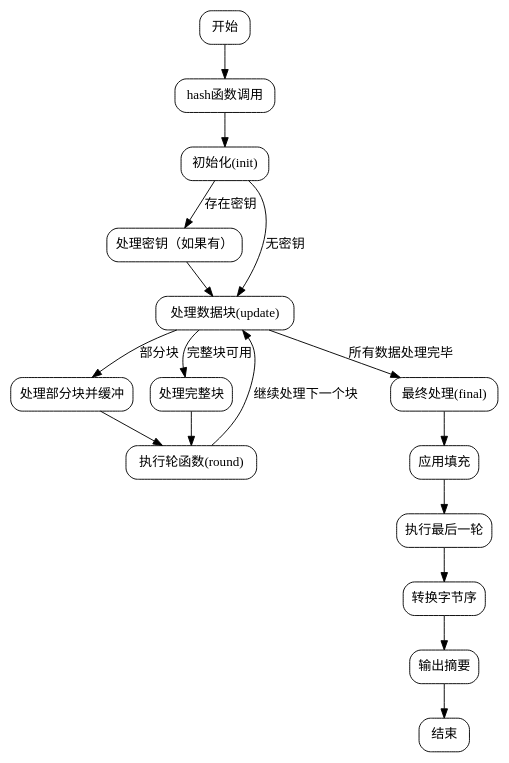
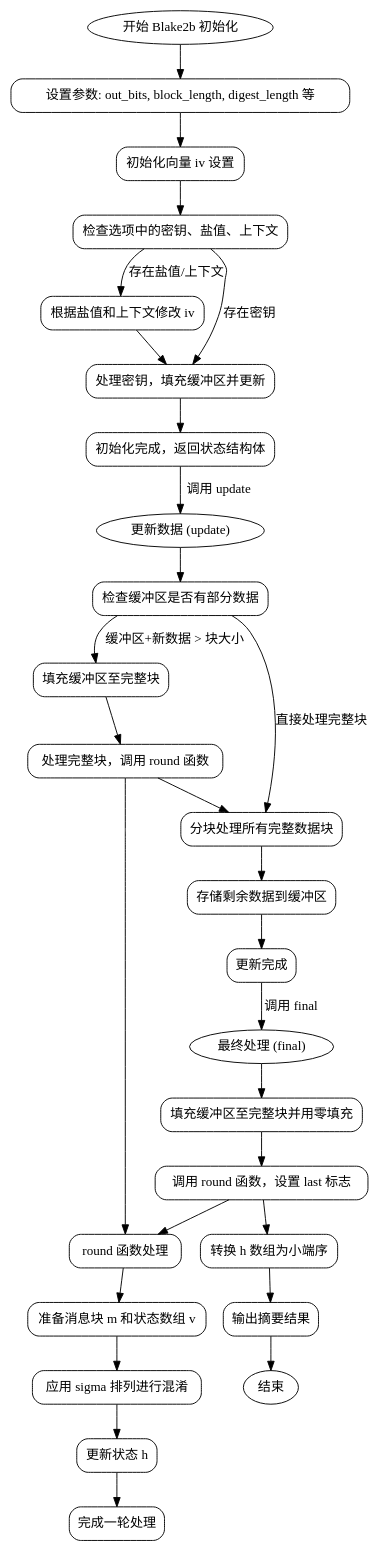
Before and after one commit to sdzx-1/deepseek-zig-reader: the diagram in dot_std/crypto/blake2.zig.Blake2b.md, drawn with Graphviz. The commit also changed other lines of this file and 236 other files, not shown here.

````diff
--- a/dot_std/crypto/blake2.zig.Blake2b.md
+++ b/dot_std/crypto/blake2.zig.Blake2b.md
@@ -25,40 +34,57 @@
-```dot
-digraph Blake2bFlowchart {
+```graphviz
+digraph Blake2bFlow {
+    rankdir=TB;
     node [shape=rectangle, style=rounded];
 
-    start [label="开始"];
-    hash_func [label="hash函数调用"];
-    init [label="初始化(init)"];
-    process_key [label="处理密钥（如果有）"];
-    update [label="处理数据块(update)"];
-    process_block [label="处理完整块"];
-    process_partial [label="处理部分块并缓冲"];
-    round [label="执行轮函数(round)"];
-    final [label="最终处理(final)"];
-    apply_padding [label="应用填充"];
-    last_round [label="执行最后一轮"];
-    convert_endian [label="转换字节序"];
-    output [label="输出摘要"];
-    end [label="结束"];
+    start [label="开始 Blake2b 初始化", shape=ellipse];
+    init_params [label="设置参数: out_bits, block_length, digest_length 等"];
+    init_iv [label="初始化向量 iv 设置"];
+    check_key [label="检查选项中的密钥、盐值、上下文"];
+    modify_iv [label="根据盐值和上下文修改 iv"];
+    handle_key [label="处理密钥，填充缓冲区并更新"];
+    init_complete [label="初始化完成，返回状态结构体"];
 
-    start -> hash_func;
-    hash_func -> init;
-    init -> process_key [label="存在密钥"];
-    init -> update [label="无密钥"];
-    process_key -> update;
+    start -> init_params -> init_iv -> check_key;
+    check_key -> modify_iv [label="存在盐值/上下文"];
+    check_key -> handle_key [label="存在密钥"];
+    modify_iv -> handle_key;
+    handle_key -> init_complete;
 
-    update -> process_block [label="完整块可用"];
-    update -> process_partial [label="部分块"];
-    process_block -> round;
-    process_partial -> round;
+    update_start [label="更新数据 (update)", shape=ellipse];
+    check_buffer [label="检查缓冲区是否有部分数据"];
+    fill_buffer [label="填充缓冲区至完整块"];
+    hash_full [label="处理完整块，调用 round 函数"];
+    process_blocks [label="分块处理所有完整数据块"];
+    store_remainder [label="存储剩余数据到缓冲区"];
+    update_end [label="更新完成"];
 
-    round -> update [label="继续处理下一个块"];
-    update -> final [label="所有数据处理完毕"];
+    update_start -> check_buffer;
+    check_buffer -> fill_buffer [label="缓冲区+新数据 > 块大小"];
+    fill_buffer -> hash_full -> process_blocks;
+    check_buffer -> process_blocks [label="直接处理完整块"];
+    process_blocks -> store_remainder -> update_end;
 
-    final -> apply_padding;
-    apply_padding -> last_round;
-    last_round -> convert_endian;
-    convert_endian -> output;
-    output -> end;
+    final_start [label="最终处理 (final)", shape=ellipse];
+    pad_buffer [label="填充缓冲区至完整块并用零填充"];
+    last_round [label="调用 round 函数，设置 last 标志"];
+    convert_endian [label="转换 h 数组为小端序"];
+    output_digest [label="输出摘要结果"];
+    final_end [label="结束", shape=ellipse];
+
+    final_start -> pad_buffer -> last_round -> convert_endian -> output_digest -> final_end;
+
+    round_process [label="round 函数处理"];
+    prepare_m_v [label="准备消息块 m 和状态数组 v"];
+    apply_sigma [label="应用 sigma 排列进行混淆"];
+    update_h [label="更新状态 h"];
+    round_end [label="完成一轮处理"];
+
+    hash_full -> round_process;
+    last_round -> round_process;
+    round_process -> prepare_m_v -> apply_sigma -> update_h -> round_end;
+
+    // 连接主流程
+    init_complete -> update_start [label="调用 update"];
+    update_end -> final_start [label="调用 final"];
 }
 ```
````
